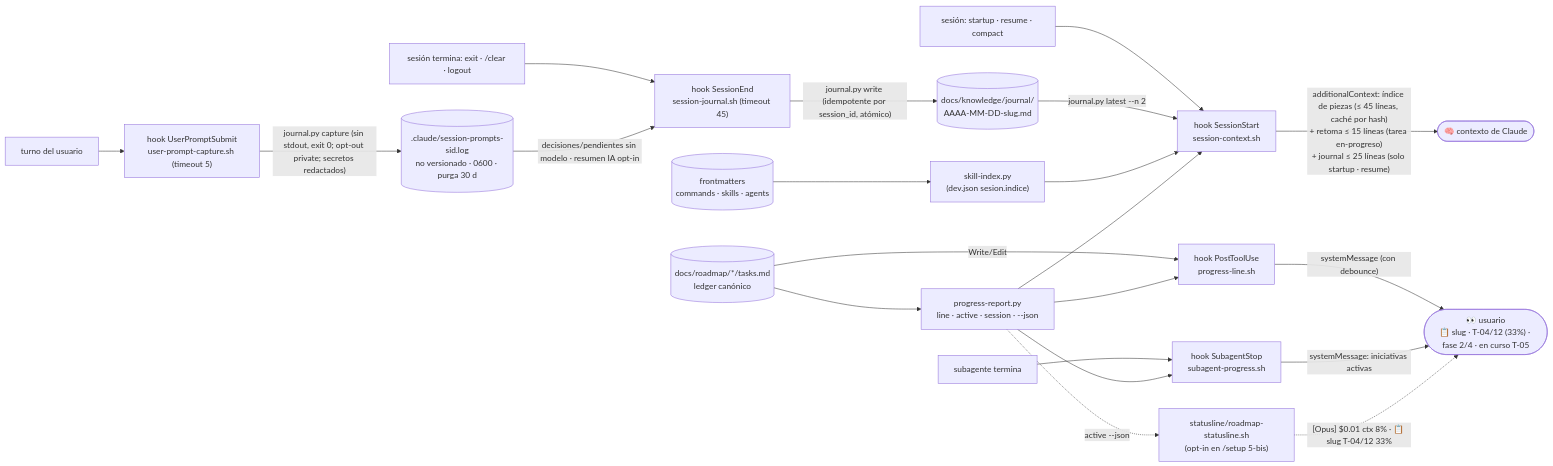
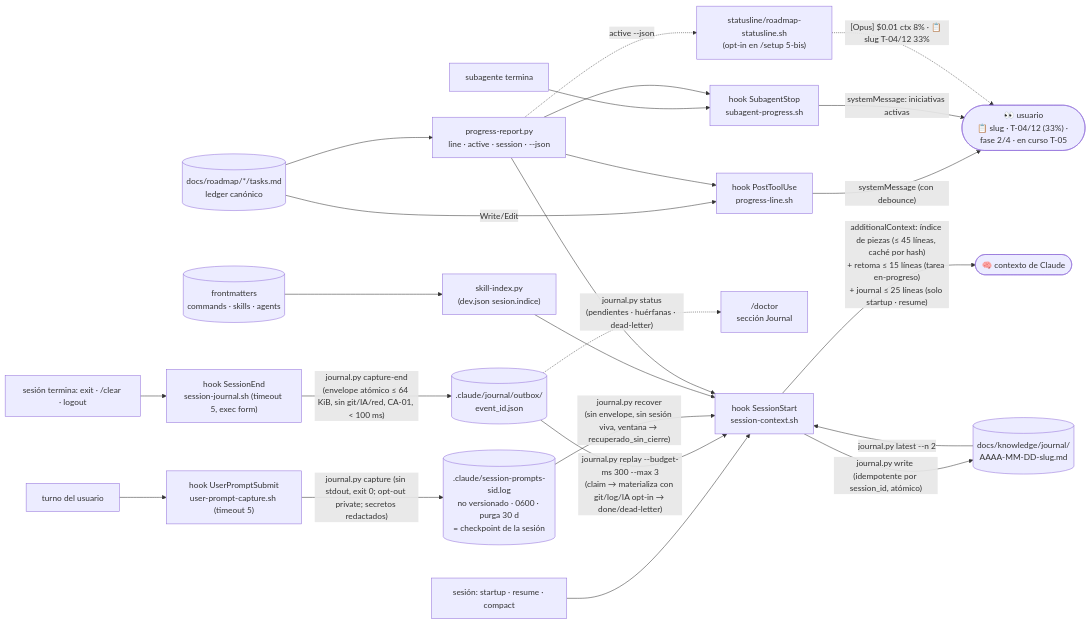
One commit to daycry/custom-agents changed the tenth of 13 diagrams in docs/FLOWS.md. Above: the diagram before and after it, drawn with Mermaid. The commit also changed other lines of this file and 12 other files, not shown here.

````diff
--- a/docs/FLOWS.md
+++ b/docs/FLOWS.md
@@ -288,21 +295,24 @@
 ```mermaid
 flowchart LR
     L[("docs/roadmap/*/tasks.md<br/>ledger canónico")] -->|Write/Edit| H1["hook PostToolUse<br/>progress-line.sh"]
     H1 -->|"systemMessage (con debounce)"| U(["👀 usuario<br/>📋 slug · T-04/12 (33%) · fase 2/4 · en curso T-05"])
     SA["subagente termina"] --> H2["hook SubagentStop<br/>subagent-progress.sh"]
     H2 -->|"systemMessage: iniciativas activas"| U
     SS["sesión: startup · resume · compact"] --> H3["hook SessionStart<br/>session-context.sh"]
     H3 -->|"additionalContext: índice de piezas (≤ 45 líneas, caché por hash)<br/>+ retoma ≤ 15 líneas (tarea en-progreso)<br/>+ journal ≤ 25 líneas (solo startup · resume)"| C(["🧠 contexto de Claude"])
     UP["turno del usuario"] --> H5["hook UserPromptSubmit<br/>user-prompt-capture.sh (timeout 5)"]
-    H5 -->|"journal.py capture (sin stdout, exit 0; opt-out private; secretos redactados)"| LOG[(".claude/session-prompts-sid.log<br/>no versionado · 0600 · purga 30 d")]
-    SE["sesión termina: exit · /clear · logout"] --> H4["hook SessionEnd<br/>session-journal.sh (timeout 45)"]
-    LOG -->|"decisiones/pendientes sin modelo · resumen IA opt-in"| H4
-    H4 -->|"journal.py write (idempotente por session_id, atómico)"| J[("docs/knowledge/journal/<br/>AAAA-MM-DD-slug.md")]
+    H5 -->|"journal.py capture (sin stdout, exit 0; opt-out private; secretos redactados)"| LOG[(".claude/session-prompts-sid.log<br/>no versionado · 0600 · purga 30 d<br/>= checkpoint de la sesión")]
+    SE["sesión termina: exit · /clear · logout"] --> H4["hook SessionEnd<br/>session-journal.sh (timeout 5, exec form)"]
+    H4 -->|"journal.py capture-end<br/>(envelope atómico ≤ 64 KiB, sin git/IA/red, CA-01, &lt; 100 ms)"| OB[(".claude/journal/outbox/<br/>event_id.json")]
+    OB -->|"journal.py replay --budget-ms 300 --max 3<br/>(claim → materializa con git/log/IA opt-in → done/dead-letter)"| H3
+    LOG -->|"journal.py recover<br/>(sin envelope, sin sesión viva, ventana → recuperado_sin_cierre)"| H3
+    H3 -->|"journal.py write (idempotente por session_id, atómico)"| J[("docs/knowledge/journal/<br/>AAAA-MM-DD-slug.md")]
     J -->|"journal.py latest --n 2"| H3
+    OB -.->|"journal.py status<br/>(pendientes · huérfanas · dead-letter)"| DOC["/doctor<br/>sección Journal"]
     FM[("frontmatters<br/>commands · skills · agents")] --> SI["skill-index.py<br/>(dev.json sesion.indice)"]
     SI --> H3
     L --> P["progress-report.py<br/>line · active · session · --json"]
     P --> H1 & H2 & H3
     P -.->|"active --json"| SL["statusline/roadmap-statusline.sh<br/>(opt-in en /setup 5-bis)"]
     SL -.->|"[Opus] $0.01 ctx 8% · 📋 slug T-04/12 33%"| U
 ```
````
